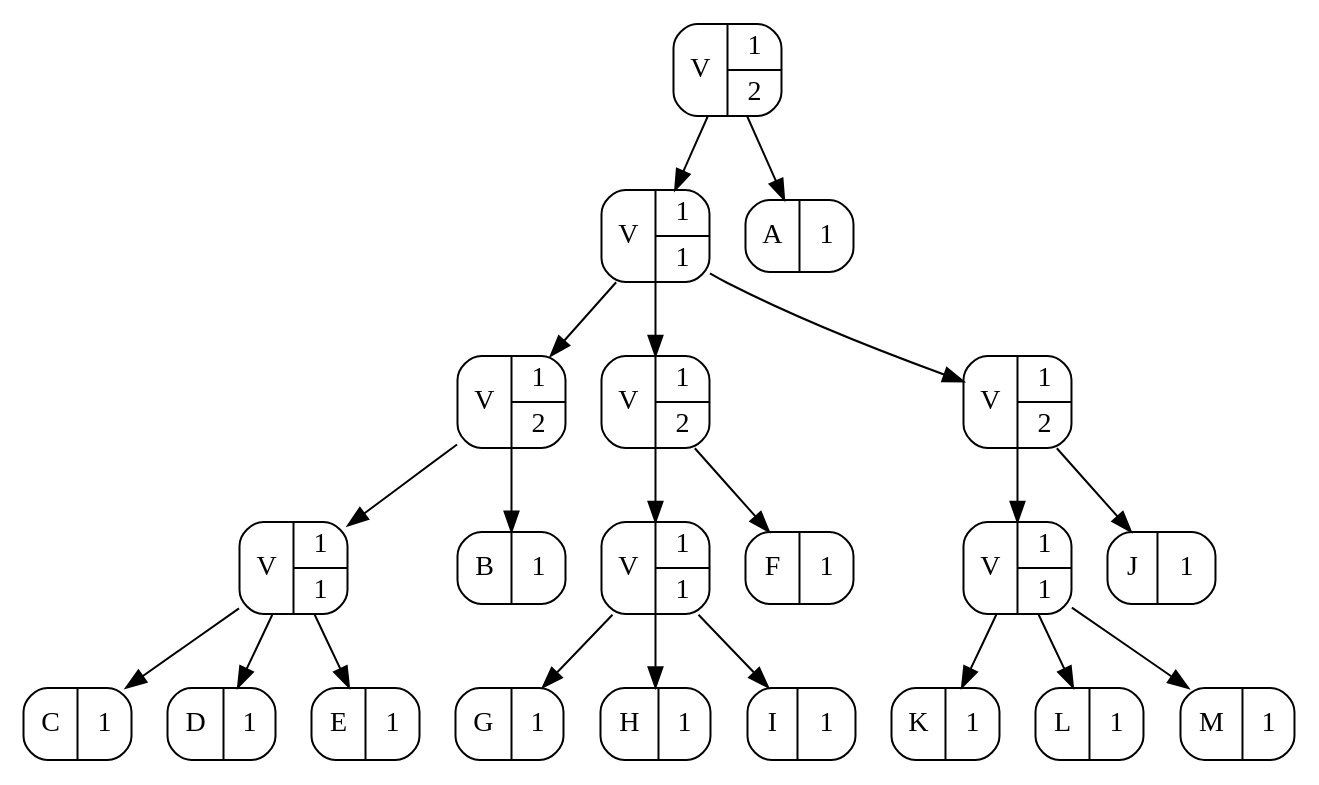
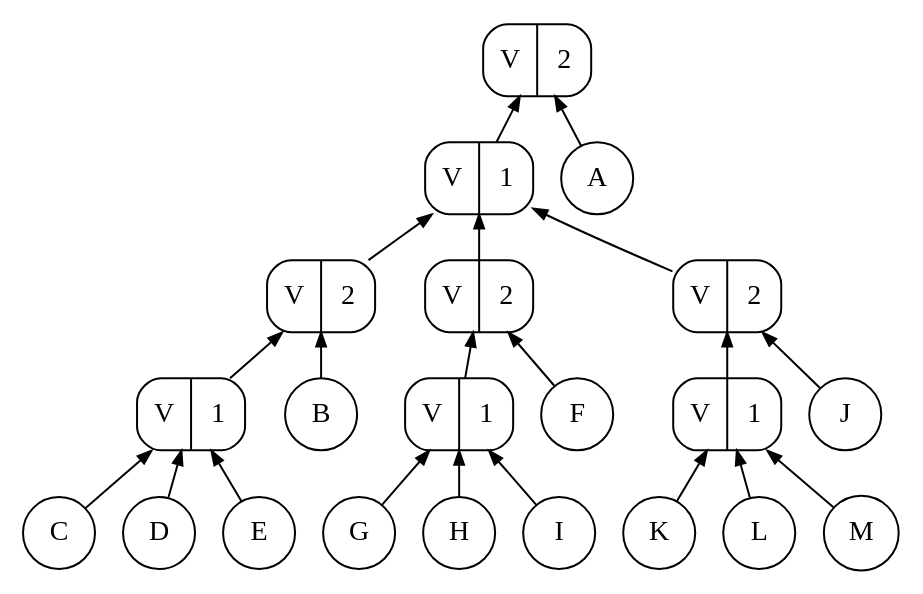
One commit to curiousleo/rafter changed the diagram in Images/Tree3_13.dot. Above: the diagram before and after it, drawn with Graphviz. The commit also changed 14 other files, not shown here.

Commit message:
updated diagrams

```diff
--- a/Images/Tree3_13.dot
+++ b/Images/Tree3_13.dot
@@ -1,44 +1,47 @@
 digraph vstruct {
-node [shape=Mrecord];
-"[]" [label="V | { 1 | 2 }"];
-"[1]" [label="V | { 1 | 1 }"];
-"[1,1]" [label="V | { 1 | 2 }"];
-"[1,1,1]" [label="V | { 1 | 1 }"];
-"[1,1,1,1]" [label="C | 1"];
+edge [dir=back, arrowsize=.7];
+node [shape=circle, fontname="Tt-Kp"];
+ranksep=0.3;
+nodesep=0.2;
+"[]" [label="V | 2", shape=Mrecord, fontname="Kp"];
+"[1]" [label="V | 1", shape=Mrecord, fontname="Kp"];
+"[1,1]" [label="V | 2", shape=Mrecord, fontname="Kp"];
+"[1,1,1]" [label="V | 1", shape=Mrecord, fontname="Kp"];
+"[1,1,1,1]" [label="C"];
 "[1,1,1]" -> "[1,1,1,1]";
-"[1,1,1,2]" [label="D | 1"];
+"[1,1,1,2]" [label="D"];
 "[1,1,1]" -> "[1,1,1,2]";
-"[1,1,1,3]" [label="E | 1"];
+"[1,1,1,3]" [label="E"];
 "[1,1,1]" -> "[1,1,1,3]";
 "[1,1]" -> "[1,1,1]";
-"[1,1,2]" [label="B | 1"];
+"[1,1,2]" [label="B"];
 "[1,1]" -> "[1,1,2]";
 "[1]" -> "[1,1]";
-"[1,2]" [label="V | { 1 | 2 }"];
-"[1,2,1]" [label="V | { 1 | 1 }"];
-"[1,2,1,1]" [label="G | 1"];
+"[1,2]" [label="V | 2", shape=Mrecord, fontname="Kp"];
+"[1,2,1]" [label="V | 1", shape=Mrecord, fontname="Kp"];
+"[1,2,1,1]" [label="G"];
 "[1,2,1]" -> "[1,2,1,1]";
-"[1,2,1,2]" [label="H | 1"];
+"[1,2,1,2]" [label="H"];
 "[1,2,1]" -> "[1,2,1,2]";
-"[1,2,1,3]" [label="I | 1"];
+"[1,2,1,3]" [label="I"];
 "[1,2,1]" -> "[1,2,1,3]";
 "[1,2]" -> "[1,2,1]";
-"[1,2,2]" [label="F | 1"];
+"[1,2,2]" [label="F"];
 "[1,2]" -> "[1,2,2]";
 "[1]" -> "[1,2]";
-"[1,3]" [label="V | { 1 | 2 }"];
-"[1,3,1]" [label="V | { 1 | 1 }"];
-"[1,3,1,1]" [label="K | 1"];
+"[1,3]" [label="V | 2", shape=Mrecord, fontname="Kp"];
+"[1,3,1]" [label="V | 1", shape=Mrecord, fontname="Kp"];
+"[1,3,1,1]" [label="K"];
 "[1,3,1]" -> "[1,3,1,1]";
-"[1,3,1,2]" [label="L | 1"];
+"[1,3,1,2]" [label="L"];
 "[1,3,1]" -> "[1,3,1,2]";
-"[1,3,1,3]" [label="M | 1"];
+"[1,3,1,3]" [label="M"];
 "[1,3,1]" -> "[1,3,1,3]";
 "[1,3]" -> "[1,3,1]";
-"[1,3,2]" [label="J | 1"];
+"[1,3,2]" [label="J"];
 "[1,3]" -> "[1,3,2]";
 "[1]" -> "[1,3]";
 "[]" -> "[1]";
-"[2]" [label="A | 1"];
+"[2]" [label="A"];
 "[]" -> "[2]";
 }
```
